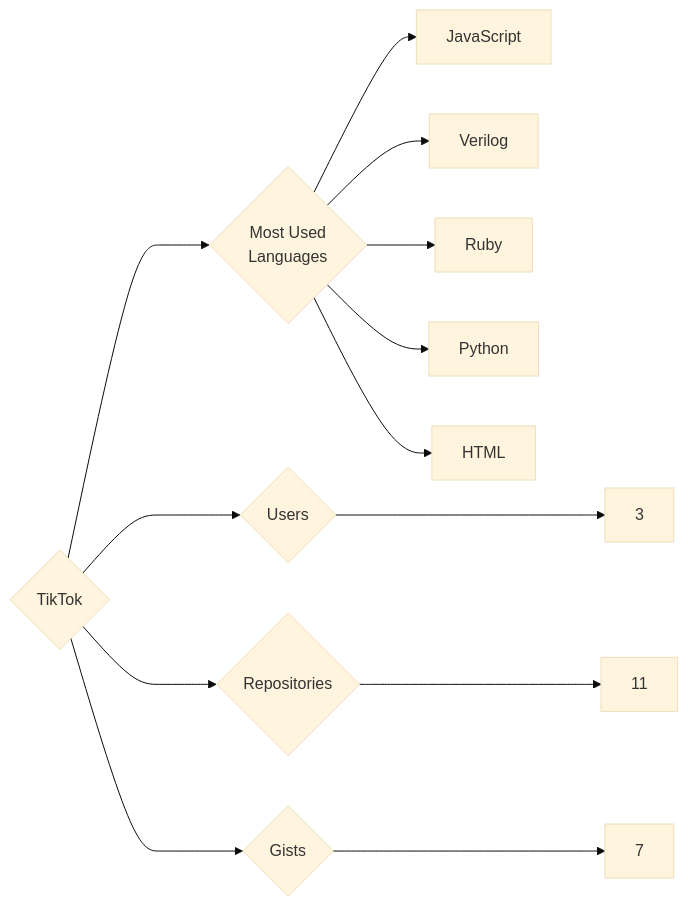
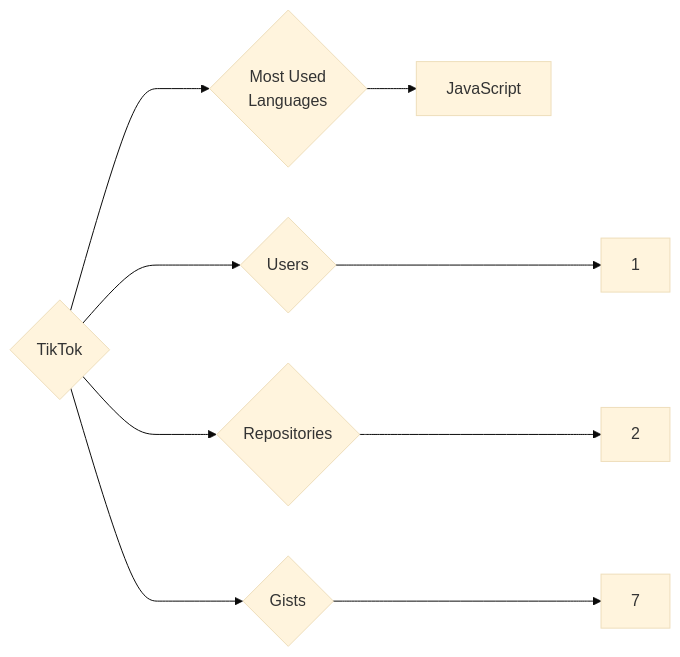
One commit to trickest/insiders changed the diagram in targets/TikTok/README.md. Above: the diagram before and after it, drawn with Mermaid (base theme). The commit also changed 948 other files, not shown here.

````diff
--- a/targets/TikTok/README.md
+++ b/targets/TikTok/README.md
@@ -3,13 +3,9 @@
 ```mermaid
 graph LR
 COMPANY_NAME{TikTok}
-COMPANY_NAME ---> U{Users} ---> UN[3]
-COMPANY_NAME ---> R{Repositories} ---> RN[11]
+COMPANY_NAME ---> U{Users} ---> UN[1]
+COMPANY_NAME ---> R{Repositories} ---> RN[2]
 COMPANY_NAME ---> G{Gists} ---> GN[7]
 COMPANY_NAME ---> ML{Most Used<br>Languages}
 ML --> JavaScript[JavaScript]
-ML --> Verilog[Verilog]
-ML --> Ruby[Ruby]
-ML --> Python[Python]
-ML --> HTML[HTML]
 ```
````
